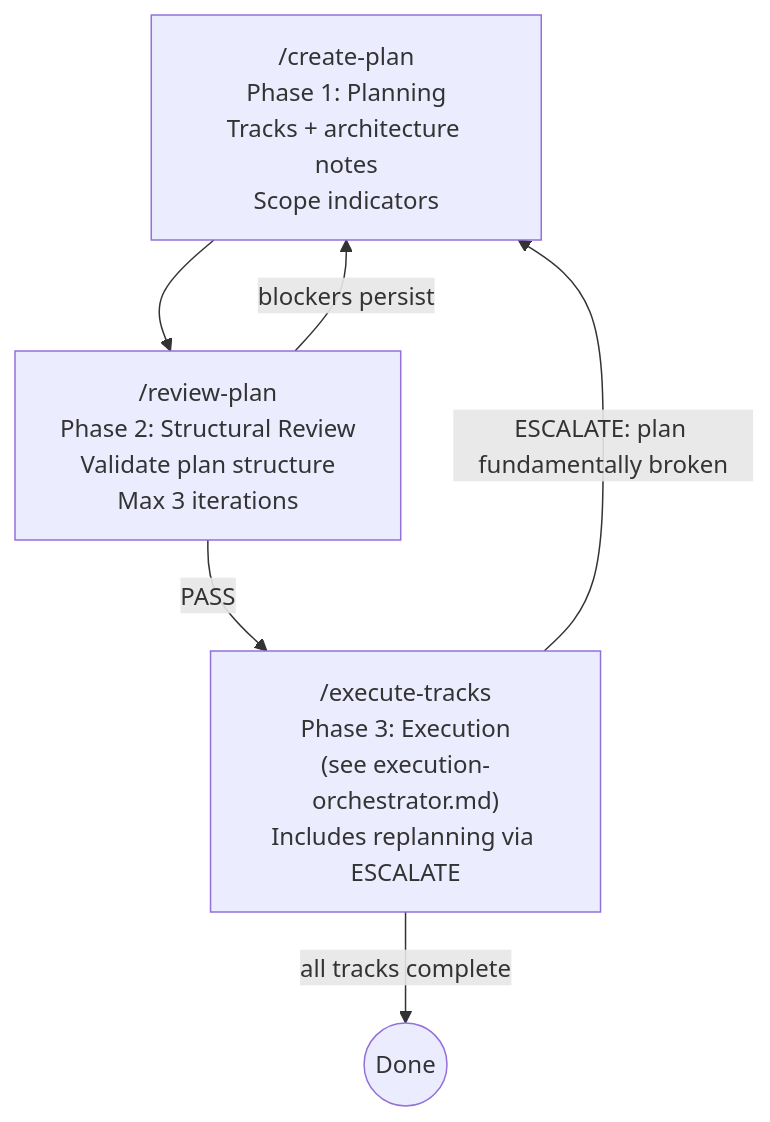
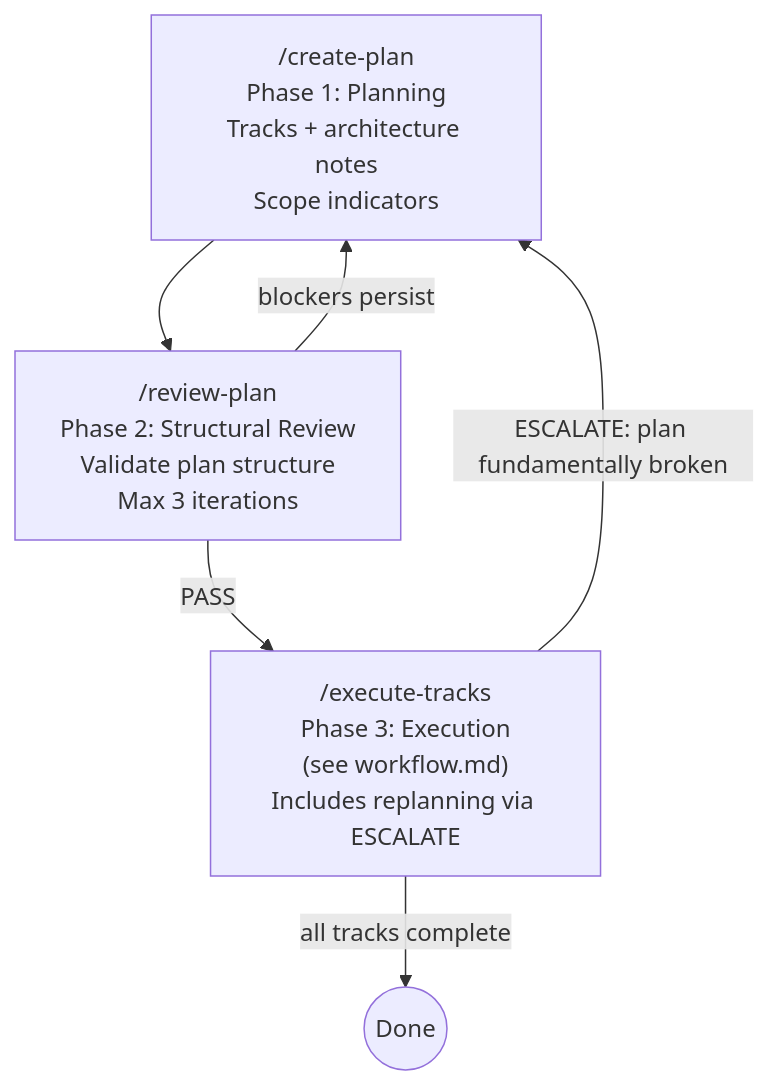
The diagram in .claude/workflow/planning.md (JetBrains/youtrackdb), drawn with Mermaid before and after one commit. The commit also changed other lines of this file and 8 other files, not shown here.

First line of the commit message:
YTDB-605: Merge execution orchestrator and track agent into single-agent workflow

````diff
--- a/.claude/workflow/planning.md
+++ b/.claude/workflow/planning.md
@@ -20,13 +20,13 @@
 ```mermaid
 flowchart TD
     P1["/create-plan\nPhase 1: Planning\nTracks + architecture notes\nScope indicators"]
     P2["/review-plan\nPhase 2: Structural Review\nValidate plan structure\nMax 3 iterations"]
-    P3["/execute-tracks\nPhase 3: Execution\n(see execution-orchestrator.md)\nIncludes replanning via ESCALATE"]
+    P3["/execute-tracks\nPhase 3: Execution\n(see workflow.md)\nIncludes replanning via ESCALATE"]
     DONE((Done))
 
     P1 --> P2
     P2 -->|PASS| P3
     P2 -->|blockers persist| P1
     P3 -->|all tracks complete| DONE
     P3 -->|ESCALATE: plan fundamentally broken| P1
 ```
````
